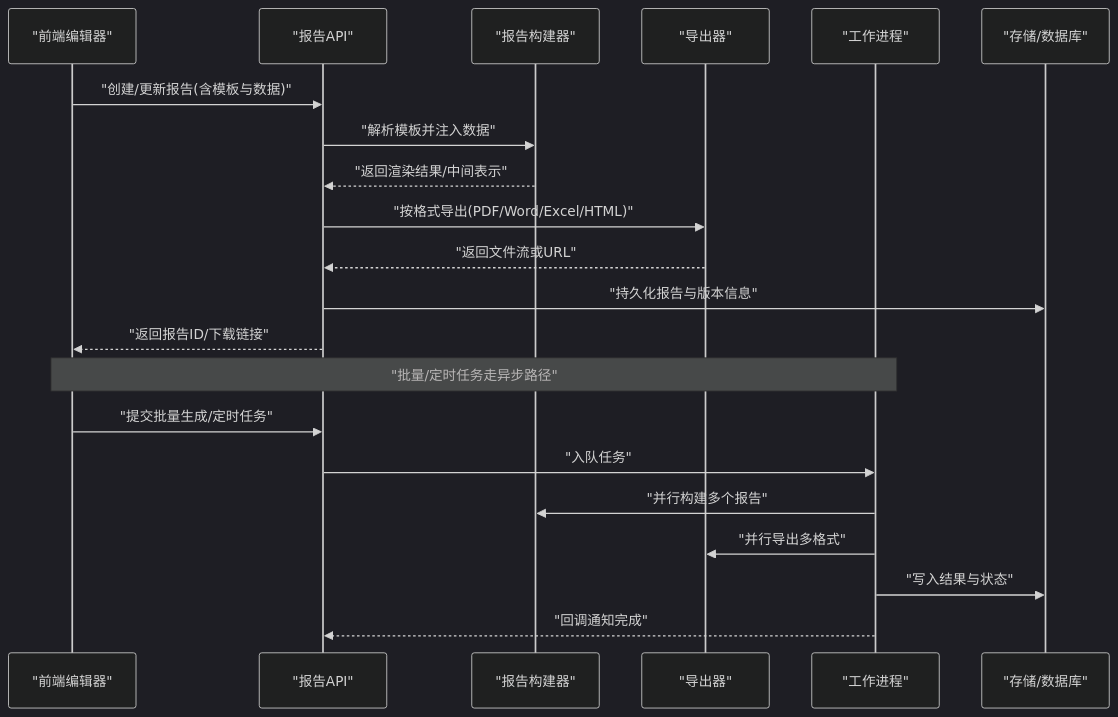
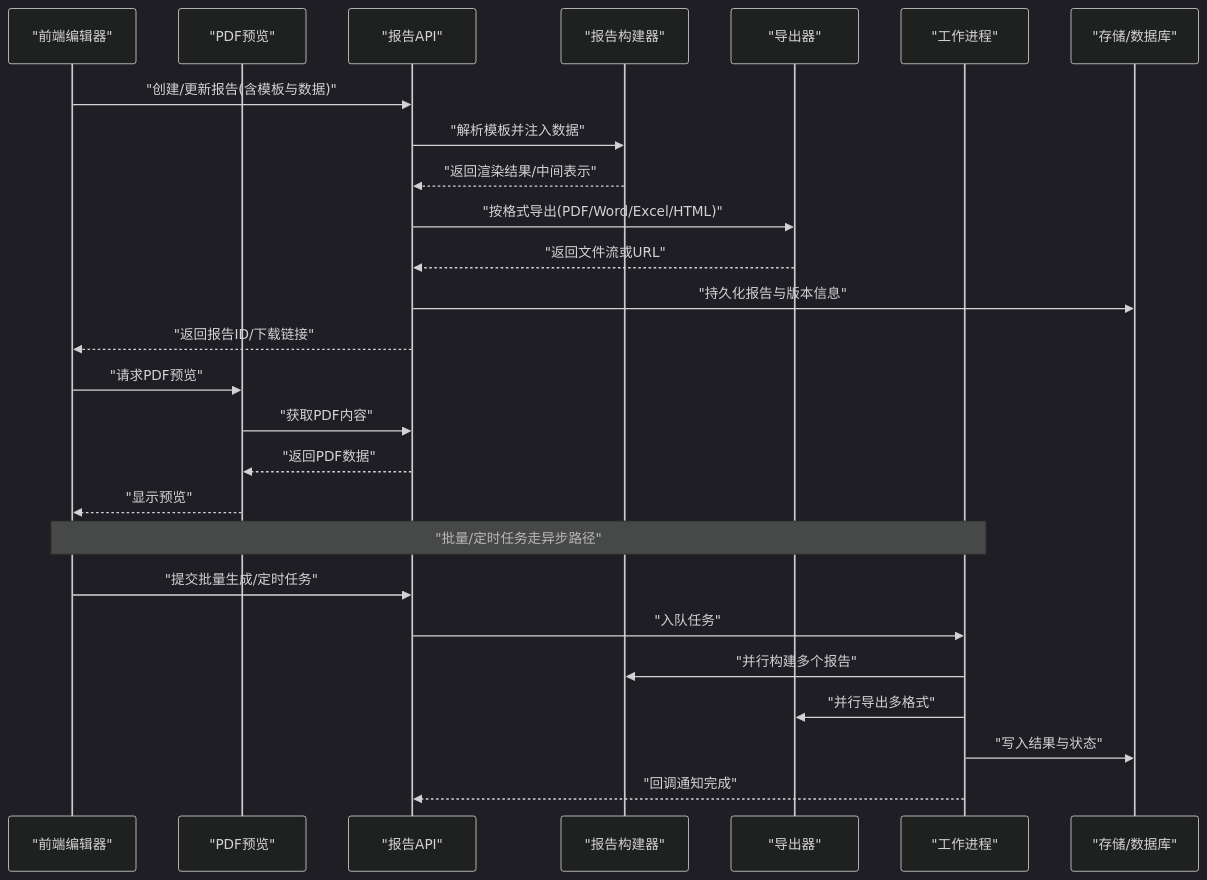
One commit to vu1Art1st/talos changed the second of 4 diagrams in .qoder/repowiki/zh/content/项目概览/核心功能概述/报告生成模块.md. Above: the diagram before and after it, drawn with Mermaid (dark theme). The commit also changed other lines of this file and 129 other files, not shown here.

````diff
--- a/.qoder/repowiki/zh/content/项目概览/核心功能概述/报告生成模块.md
+++ b/.qoder/repowiki/zh/content/项目概览/核心功能概述/报告生成模块.md
@@ -110,23 +105,28 @@
 ```mermaid
 sequenceDiagram
 participant FE as "前端编辑器"
+participant PDF as "PDF预览"
 participant API as "报告API"
 participant Builder as "报告构建器"
 participant Exporter as "导出器"
 participant Worker as "工作进程"
 participant Store as "存储/数据库"
 FE->>API : "创建/更新报告(含模板与数据)"
 API->>Builder : "解析模板并注入数据"
 Builder-->>API : "返回渲染结果/中间表示"
 API->>Exporter : "按格式导出(PDF/Word/Excel/HTML)"
 Exporter-->>API : "返回文件流或URL"
 API->>Store : "持久化报告与版本信息"
 API-->>FE : "返回报告ID/下载链接"
+FE->>PDF : "请求PDF预览"
+PDF->>API : "获取PDF内容"
+API-->>PDF : "返回PDF数据"
+PDF-->>FE : "显示预览"
 Note over FE,Worker : "批量/定时任务走异步路径"
 FE->>API : "提交批量生成/定时任务"
 API->>Worker : "入队任务"
 Worker->>Builder : "并行构建多个报告"
 Worker->>Exporter : "并行导出多格式"
 Worker->>Store : "写入结果与状态"
 Worker-->>API : "回调通知完成"
 ```
````
